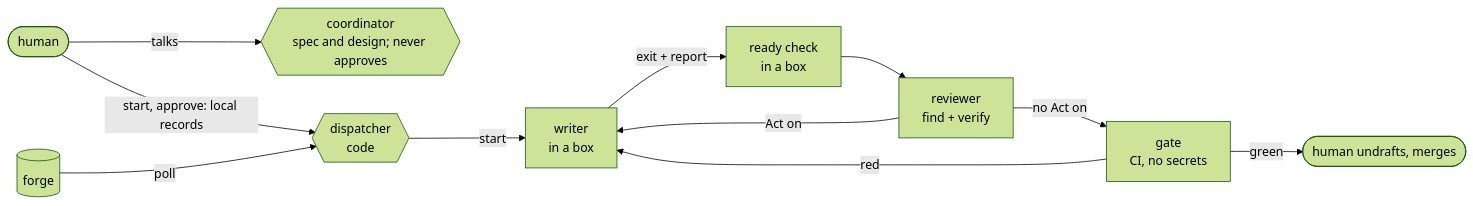
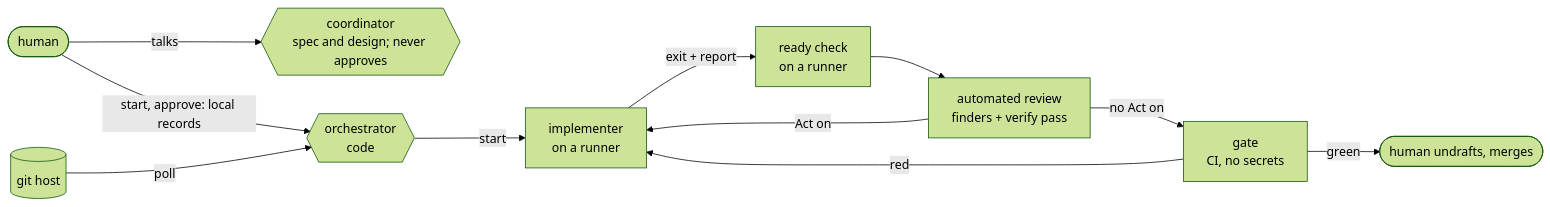
One commit to chiyanram/agent-factory changed the first of 2 diagrams in README.md. Above: the diagram before and after it, drawn with Mermaid (forest theme). The commit also changed other lines of this file and 5 other files, not shown here.

````diff
--- a/README.md
+++ b/README.md
@@ -55,13 +56,13 @@
 ```mermaid
 flowchart LR
     H([human]) -- talks --> C{{coordinator<br/>spec and design; never approves}}
-    H -- "start, approve: local records" --> D{{dispatcher<br/>code}}
-    F[(forge)] -- poll --> D
-    D -- start --> W[writer<br/>in a box]
-    W -- "exit + report" --> RC[ready check<br/>in a box]
-    RC --> R[reviewer<br/>find + verify]
+    H -- "start, approve: local records" --> D{{orchestrator<br/>code}}
+    F[(git host)] -- poll --> D
+    D -- start --> W[implementer<br/>on a runner]
+    W -- "exit + report" --> RC[ready check<br/>on a runner]
+    RC --> R[automated review<br/>finders + verify pass]
     R -- "Act on" --> W
     R -- "no Act on" --> G[gate<br/>CI, no secrets]
     G -- red --> W
     G -- green --> H2([human undrafts, merges])
 ```
````
